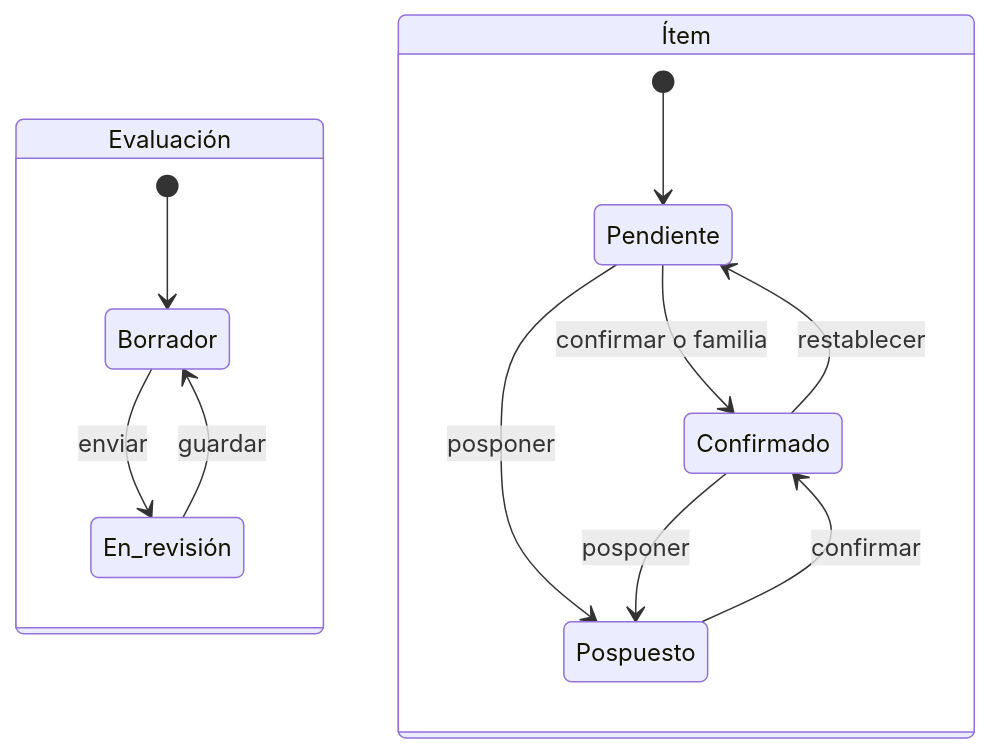
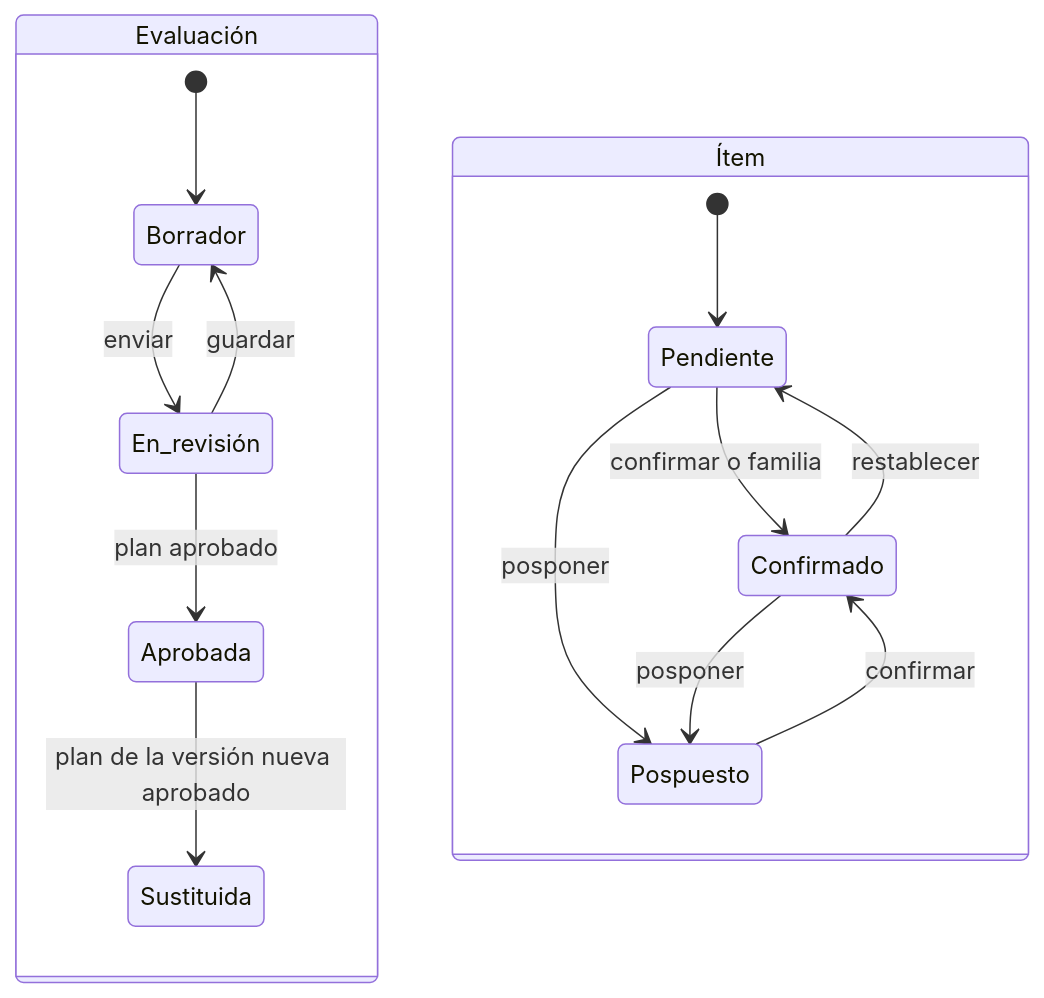
Before and after one commit to albarracingarciap/fluxion-saas: the diagram in docs/funcional/fmea-evaluacion.md, drawn with Mermaid. The commit also changed other lines of this file and 29 other files, not shown here.

````diff
--- a/docs/funcional/fmea-evaluacion.md
+++ b/docs/funcional/fmea-evaluacion.md
@@ -229,16 +270,18 @@
 ```mermaid
 stateDiagram-v2
   state Evaluación {
     [*] --> Borrador
     Borrador --> En_revisión: enviar
     En_revisión --> Borrador: guardar
+    En_revisión --> Aprobada: plan aprobado
+    Aprobada --> Sustituida: plan de la versión nueva aprobado
   }
   state Ítem {
     [*] --> Pendiente
     Pendiente --> Confirmado: confirmar o familia
     Pendiente --> Pospuesto: posponer
     Confirmado --> Pospuesto: posponer
     Pospuesto --> Confirmado: confirmar
     Confirmado --> Pendiente: restablecer
   }
 ```
````
